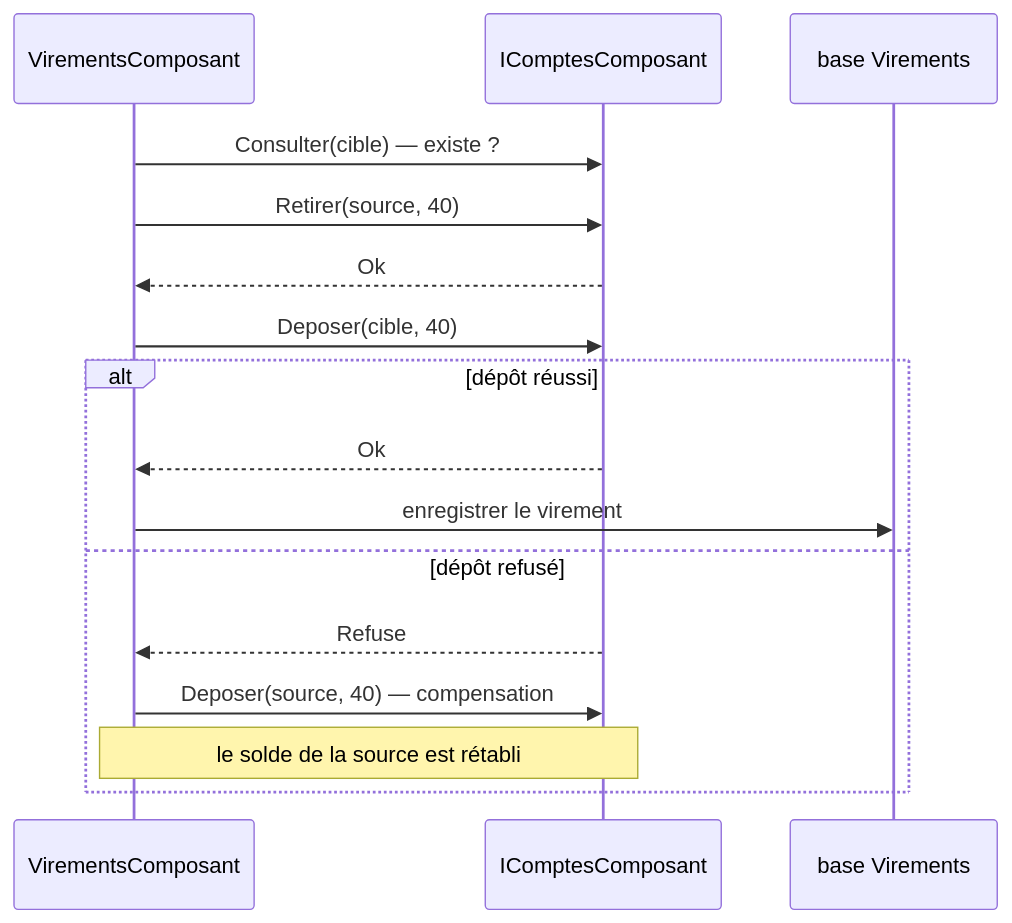
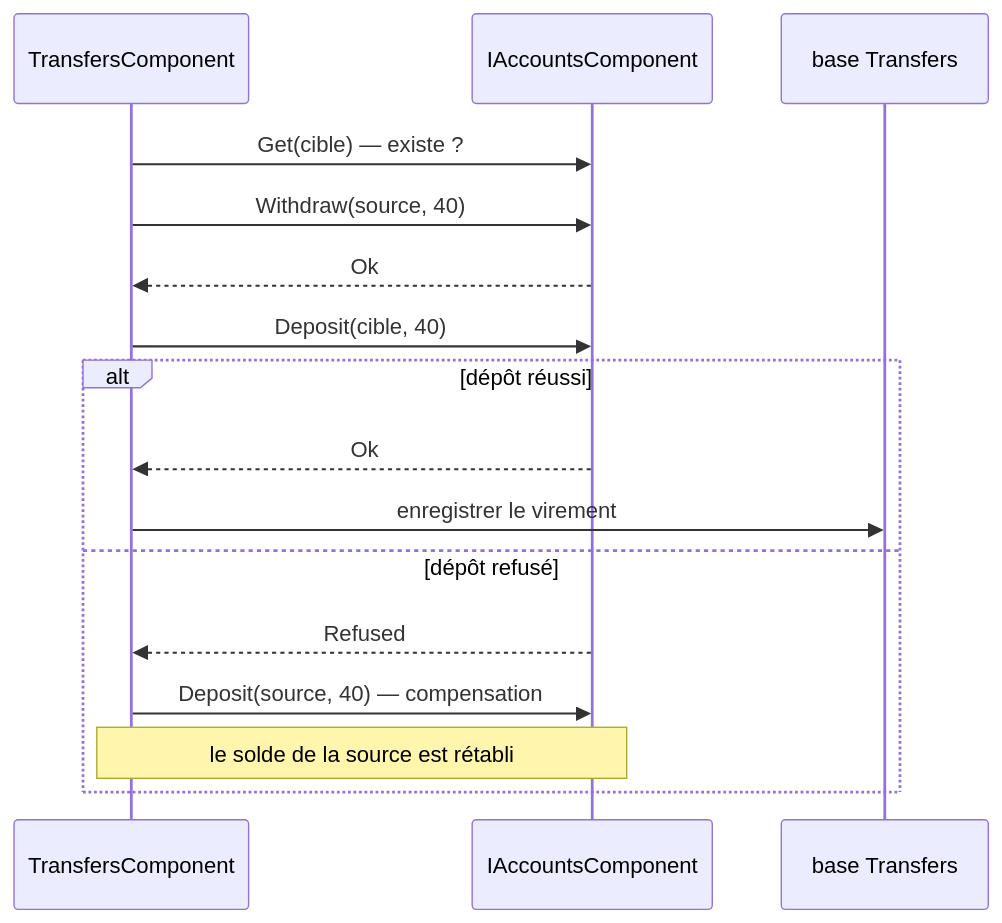
The third of 3 diagrams in Docs/06-composants.md (drangoht/ArchitecturesDemo), drawn with Mermaid before and after one commit. The commit also changed other lines of this file and 70 other files, not shown here.

Commit message:
Docs FR : identifiants, liens, diagrammes et sorties alignés sur le code anglais

````diff
--- a/Docs/06-composants.md
+++ b/Docs/06-composants.md
@@ -132,18 +132,18 @@
 ```mermaid
 sequenceDiagram
-    participant V as VirementsComposant
-    participant C as IComptesComposant
-    participant DB as base Virements
-    V->>C: Consulter(cible) — existe ?
-    V->>C: Retirer(source, 40)
+    participant V as TransfersComponent
+    participant C as IAccountsComponent
+    participant DB as base Transfers
+    V->>C: Get(cible) — existe ?
+    V->>C: Withdraw(source, 40)
     C-->>V: Ok
-    V->>C: Deposer(cible, 40)
+    V->>C: Deposit(cible, 40)
     alt dépôt réussi
         C-->>V: Ok
         V->>DB: enregistrer le virement
     else dépôt refusé
-        C-->>V: Refuse
-        V->>C: Deposer(source, 40) — compensation
+        C-->>V: Refused
+        V->>C: Deposit(source, 40) — compensation
         Note over V,C: le solde de la source est rétabli
     end
 ```
````
